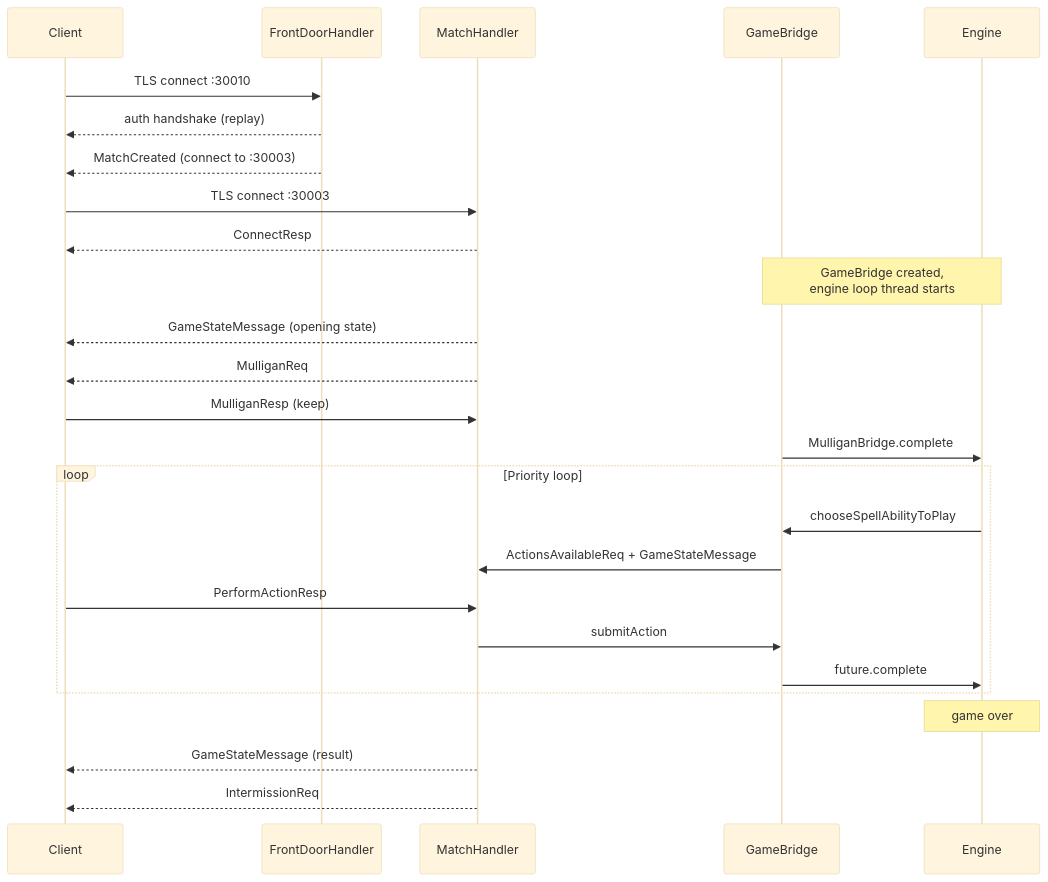
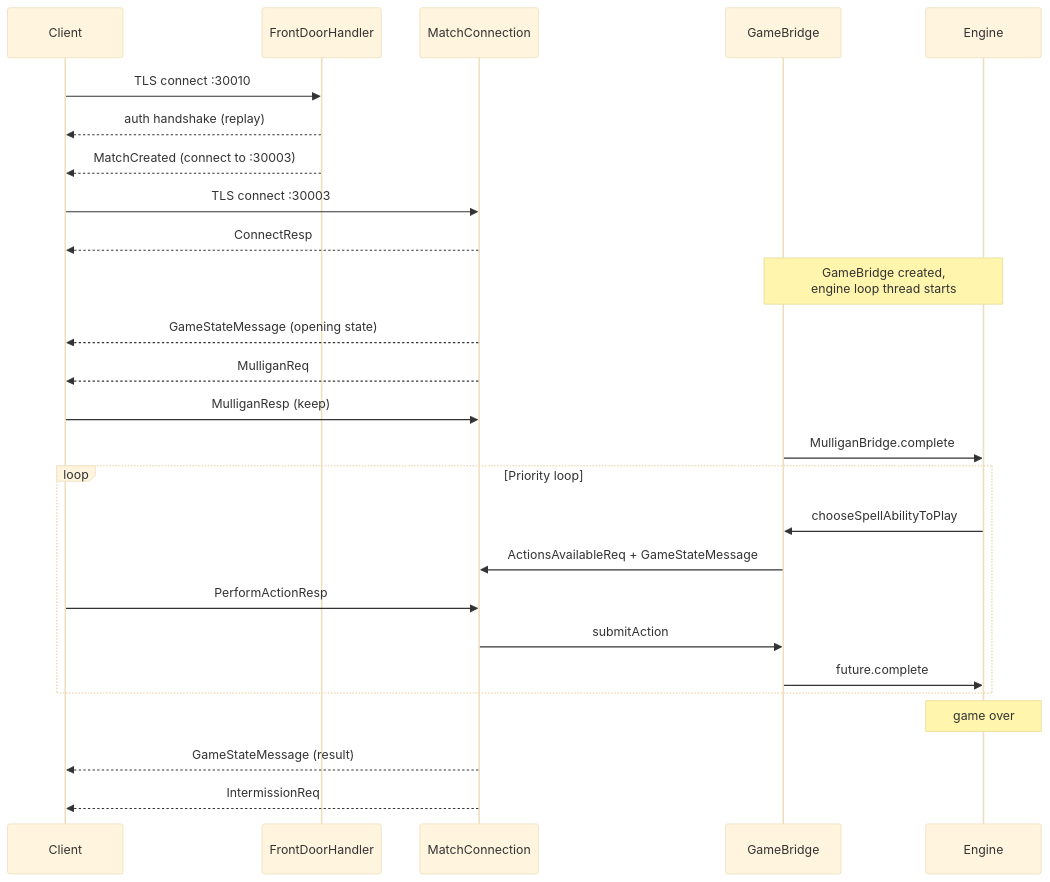
Before and after one commit to delebedev/leyline: the second of 2 diagrams in docs/architecture.md, drawn with Mermaid (base theme). The commit also changed other lines of this file and 32 other files, not shown here.

````diff
--- a/docs/architecture.md
+++ b/docs/architecture.md
@@ -103,35 +103,35 @@
 ```mermaid
 sequenceDiagram
     participant C as Client
     participant FD as FrontDoorHandler
-    participant MH as MatchHandler
+    participant MC as MatchConnection
     participant GB as GameBridge
     participant ENG as Engine
 
     C->>FD: TLS connect :30010
     FD-->>C: auth handshake (replay)
     FD-->>C: MatchCreated (connect to :30003)
 
-    C->>MH: TLS connect :30003
-    MH-->>C: ConnectResp
+    C->>MC: TLS connect :30003
+    MC-->>C: ConnectResp
 
     Note over GB,ENG: GameBridge created,<br/>engine loop thread starts
 
-    MH-->>C: GameStateMessage (opening state)
-    MH-->>C: MulliganReq
+    MC-->>C: GameStateMessage (opening state)
+    MC-->>C: MulliganReq
 
-    C->>MH: MulliganResp (keep)
+    C->>MC: MulliganResp (keep)
     GB->>ENG: MulliganBridge.complete
 
     loop Priority loop
         ENG->>GB: chooseSpellAbilityToPlay
-        GB->>MH: ActionsAvailableReq + GameStateMessage
-        C->>MH: PerformActionResp
-        MH->>GB: submitAction
+        GB->>MC: ActionsAvailableReq + GameStateMessage
+        C->>MC: PerformActionResp
+        MC->>GB: submitAction
         GB->>ENG: future.complete
     end
 
     Note over ENG: game over
-    MH-->>C: GameStateMessage (result)
-    MH-->>C: IntermissionReq
+    MC-->>C: GameStateMessage (result)
+    MC-->>C: IntermissionReq
 ```
````
